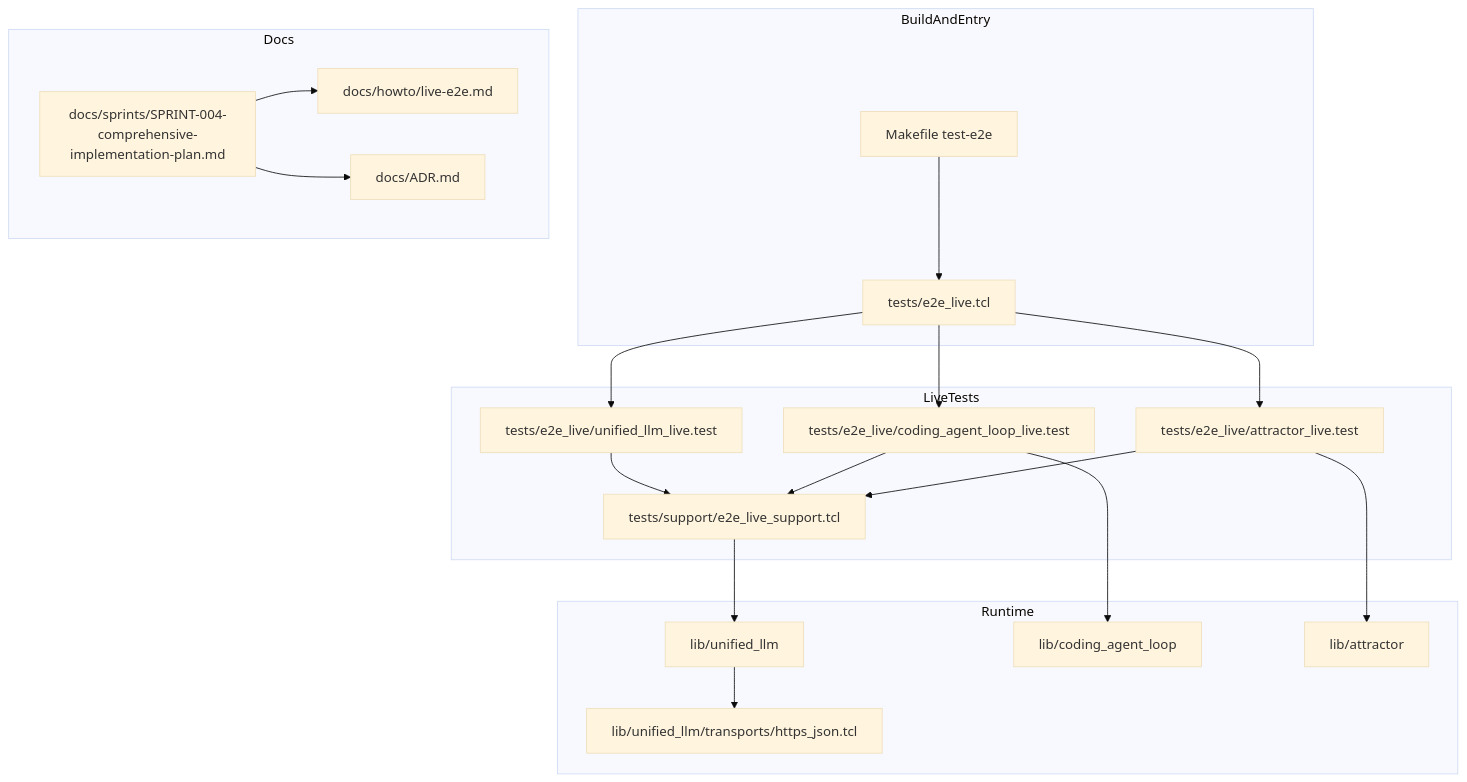
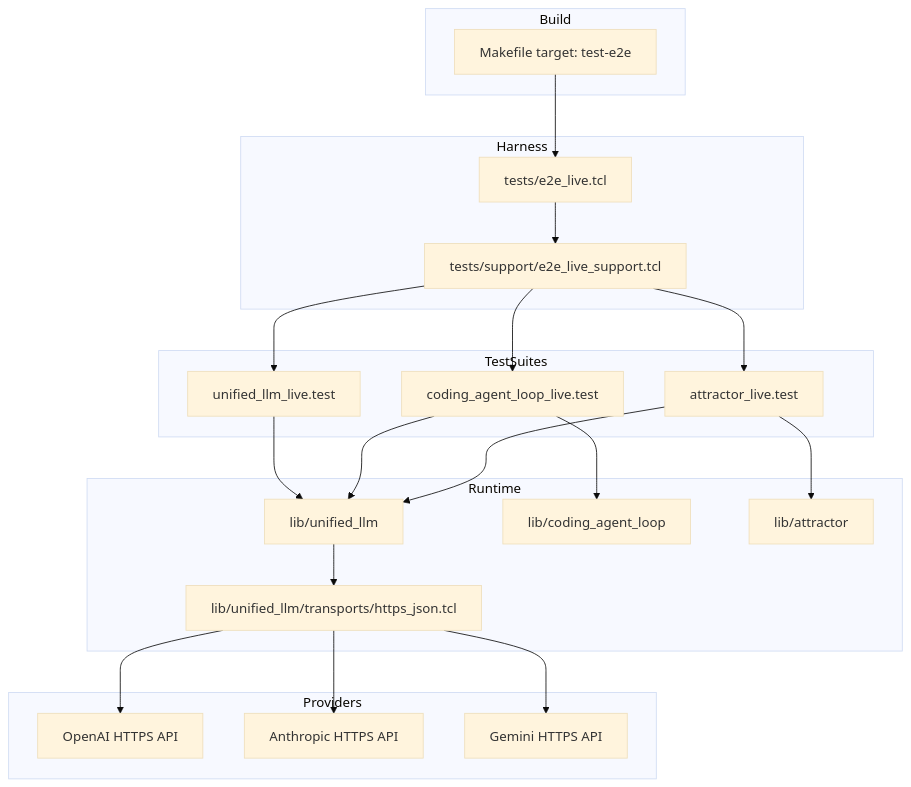
Before and after one commit to jaytaylor/attractor-tcl: the fifth of 5 diagrams in docs/sprints/SPRINT-004-comprehensive-implementation-plan.md, drawn with Mermaid (base theme). The commit also changed other lines of this file, not shown here.

Commit message:
docs: finalize sprint 004 implementation plan with verification evidence

````diff
--- a/docs/sprints/SPRINT-004-comprehensive-implementation-plan.md
+++ b/docs/sprints/SPRINT-004-comprehensive-implementation-plan.md
@@ -1361,42 +951,45 @@
 ```mermaid
-%% Source: .scratch/diagrams/sprint-004/implementation-plan/arch.mmd
 flowchart TB
-  subgraph BuildAndEntry
-    M[Makefile test-e2e]
-    H[tests/e2e_live.tcl]
+  subgraph Build
+    M1[Makefile target: test-e2e]
   end
 
-  subgraph LiveTests
-    U[tests/e2e_live/unified_llm_live.test]
-    C[tests/e2e_live/coding_agent_loop_live.test]
-    A[tests/e2e_live/attractor_live.test]
-    S[tests/support/e2e_live_support.tcl]
+  subgraph Harness
+    H1[tests/e2e_live.tcl]
+    H2[tests/support/e2e_live_support.tcl]
+  end
+
+  subgraph TestSuites
+    T1[unified_llm_live.test]
+    T2[coding_agent_loop_live.test]
+    T3[attractor_live.test]
   end
 
   subgraph Runtime
-    ULLM[lib/unified_llm]
-    CAL[lib/coding_agent_loop]
-    ATR[lib/attractor]
-    TR[lib/unified_llm/transports/https_json.tcl]
+    U1[lib/unified_llm]
+    U2[lib/unified_llm/transports/https_json.tcl]
+    C1[lib/coding_agent_loop]
+    A1[lib/attractor]
   end
 
-  subgraph Docs
-    HOWTO[docs/howto/live-e2e.md]
-    ADR[docs/ADR.md]
-    PLAN[docs/sprints/SPRINT-004-comprehensive-implementation-plan.md]
+  subgraph Providers
+    P1[OpenAI HTTPS API]
+    P2[Anthropic HTTPS API]
+    P3[Gemini HTTPS API]
   end
 
-  M --> H
-  H --> U
-  H --> C
-  H --> A
-  U --> S
-  C --> S
-  A --> S
-  S --> ULLM
-  ULLM --> TR
-  C --> CAL
-  A --> ATR
-  PLAN --> HOWTO
-  PLAN --> ADR
+  M1 --> H1
+  H1 --> H2
+  H2 --> T1
+  H2 --> T2
+  H2 --> T3
+  T1 --> U1
+  T2 --> C1
+  T2 --> U1
+  T3 --> A1
+  T3 --> U1
+  U1 --> U2
+  U2 --> P1
+  U2 --> P2
+  U2 --> P3
 ```
````
